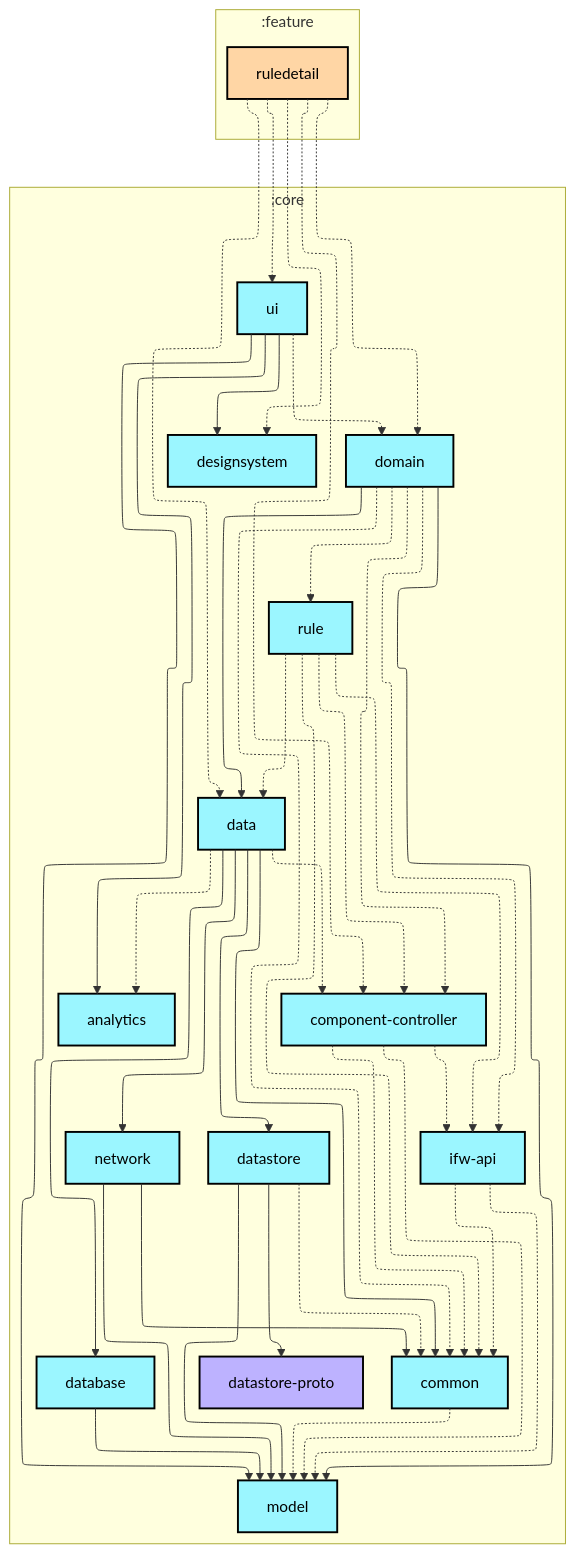
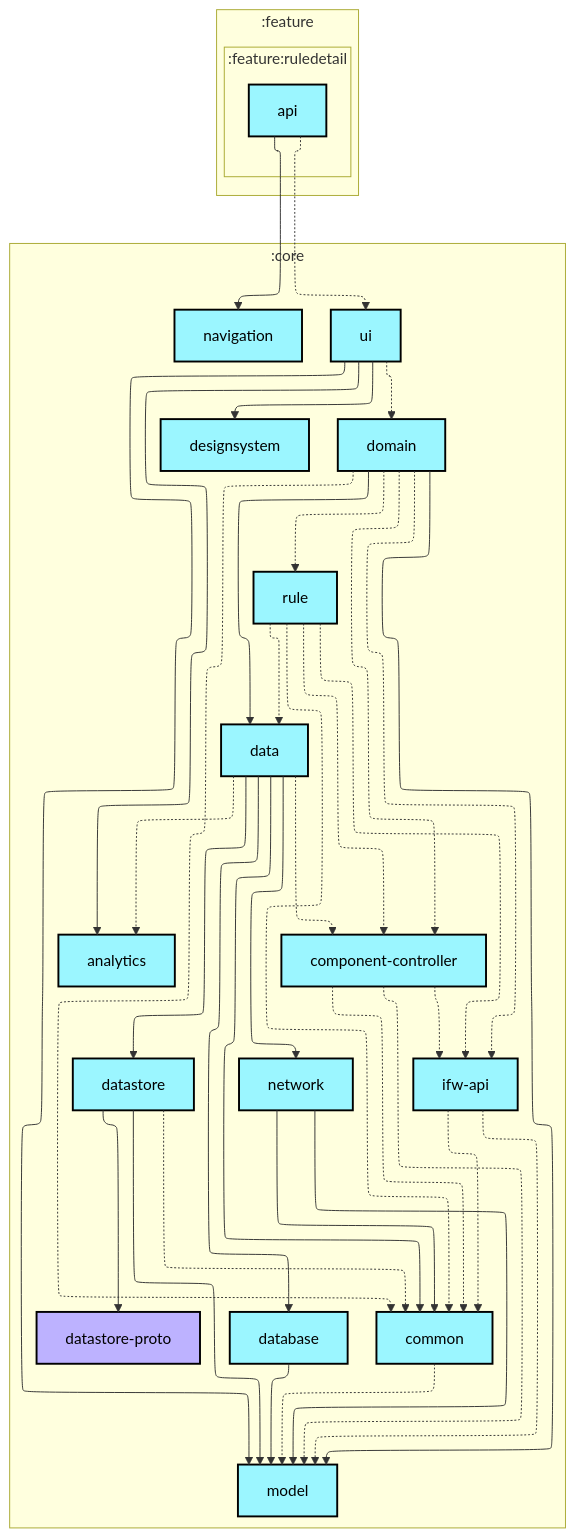
One commit to lihenggui/blocker changed the first of 2 diagrams in feature/ruledetail/api/README.md. Above: the diagram before and after it, drawn with Mermaid. The commit also changed 15 other files, not shown here.

Commit message:
🤖 Updates graphs

````diff
--- a/feature/ruledetail/api/README.md
+++ b/feature/ruledetail/api/README.md
@@ -6,75 +6,76 @@
 ```mermaid
 ---
 config:
   layout: elk
   elk:
     nodePlacementStrategy: SIMPLE
 ---
 graph TB
   subgraph :feature
     direction TB
-    :feature:ruledetail[ruledetail]:::android-feature
+    subgraph :feature:ruledetail
+      direction TB
+      :feature:ruledetail:api[api]:::android-library
+    end
   end
   subgraph :core
     direction TB
     :core:analytics[analytics]:::android-library
     :core:common[common]:::android-library
     :core:component-controller[component-controller]:::android-library
     :core:data[data]:::android-library
     :core:database[database]:::android-library
     :core:datastore[datastore]:::android-library
     :core:datastore-proto[datastore-proto]:::jvm-library
     :core:designsystem[designsystem]:::android-library
     :core:domain[domain]:::android-library
     :core:ifw-api[ifw-api]:::android-library
     :core:model[model]:::android-library
+    :core:navigation[navigation]:::android-library
     :core:network[network]:::android-library
     :core:rule[rule]:::android-library
     :core:ui[ui]:::android-library
   end
 
   :core:common -.-> :core:model
   :core:component-controller -.-> :core:common
   :core:component-controller -.-> :core:ifw-api
   :core:component-controller -.-> :core:model
   :core:data -.-> :core:analytics
   :core:data --> :core:common
   :core:data -.-> :core:component-controller
   :core:data --> :core:database
   :core:data --> :core:datastore
   :core:data --> :core:network
   :core:database --> :core:model
   :core:datastore -.-> :core:common
   :core:datastore --> :core:datastore-proto
   :core:datastore --> :core:model
   :core:domain -.-> :core:common
   :core:domain -.-> :core:component-controller
   :core:domain --> :core:data
   :core:domain -.-> :core:ifw-api
   :core:domain --> :core:model
   :core:domain -.-> :core:rule
   :core:ifw-api -.-> :core:common
   :core:ifw-api -.-> :core:model
   :core:network --> :core:common
   :core:network --> :core:model
   :core:rule -.-> :core:common
   :core:rule -.-> :core:component-controller
   :core:rule -.-> :core:data
   :core:rule -.-> :core:ifw-api
   :core:ui --> :core:analytics
   :core:ui --> :core:designsystem
   :core:ui -.-> :core:domain
   :core:ui --> :core:model
-  :feature:ruledetail -.-> :core:component-controller
-  :feature:ruledetail -.-> :core:data
-  :feature:ruledetail -.-> :core:designsystem
-  :feature:ruledetail -.-> :core:domain
-  :feature:ruledetail -.-> :core:ui
+  :feature:ruledetail:api --> :core:navigation
+  :feature:ruledetail:api -.-> :core:ui
 
 classDef android-application fill:#CAFFBF,stroke:#000,stroke-width:2px,color:#000;
 classDef android-feature fill:#FFD6A5,stroke:#000,stroke-width:2px,color:#000;
 classDef android-library fill:#9BF6FF,stroke:#000,stroke-width:2px,color:#000;
 classDef android-test fill:#A0C4FF,stroke:#000,stroke-width:2px,color:#000;
 classDef jvm-library fill:#BDB2FF,stroke:#000,stroke-width:2px,color:#000;
 classDef unknown fill:#FFADAD,stroke:#000,stroke-width:2px,color:#000;
 ```
````
